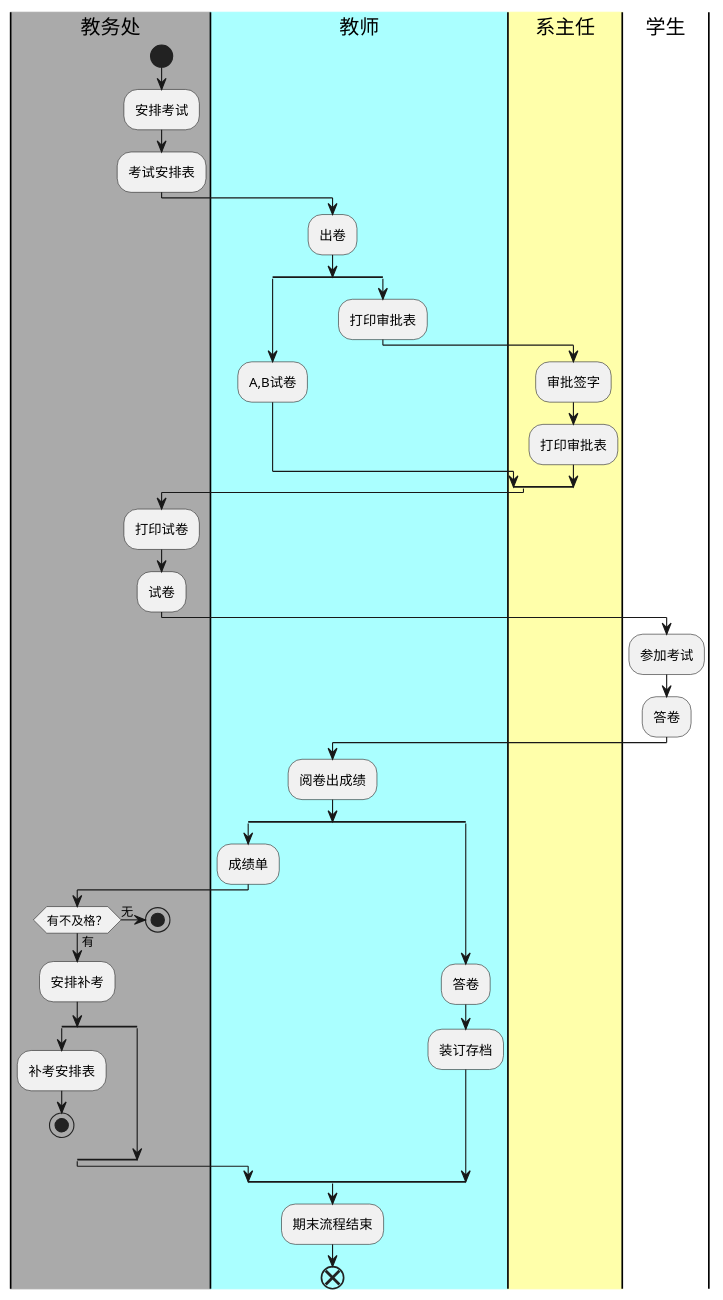
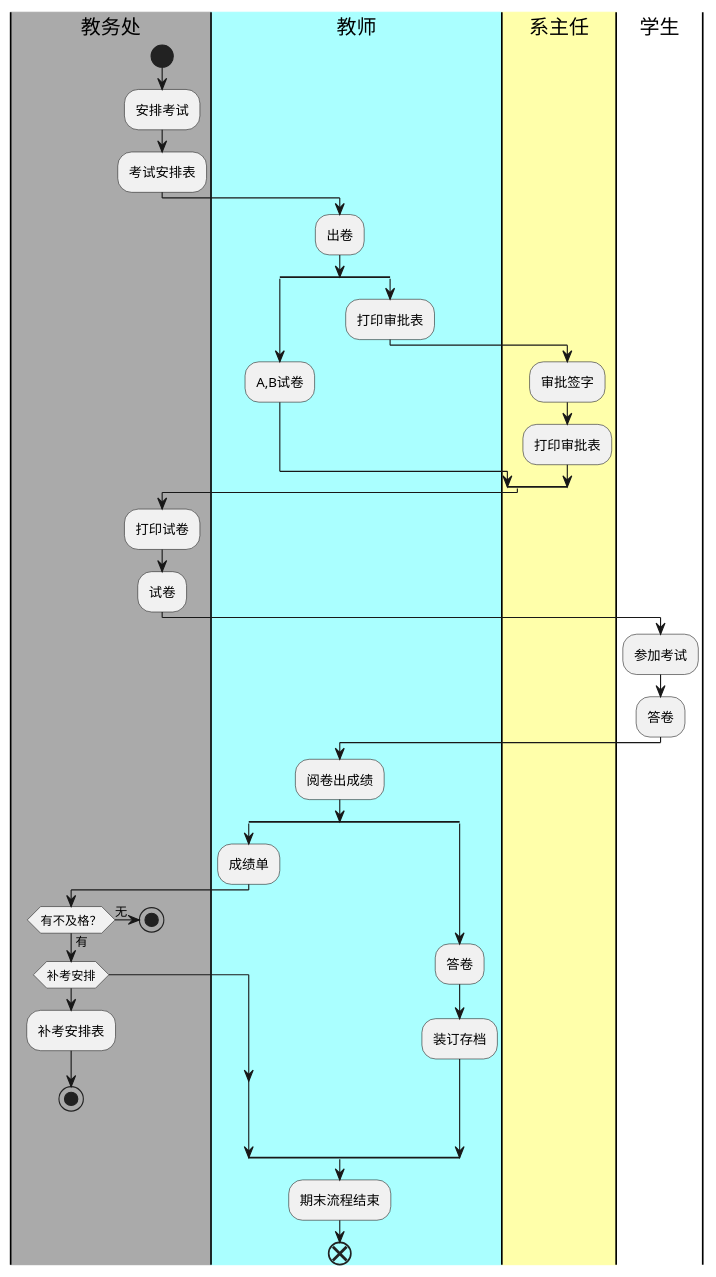
The diagram in test1/flow1.puml (zemaochen/is_analysis), drawn with PlantUML before and after one commit. The commit also changed 1 other file, not shown here.

```diff
--- a/test1/flow1.puml
+++ b/test1/flow1.puml
@@ -1,48 +1,44 @@
 @startuml
 |#aaa|教务处|
 start
 :安排考试;
 :考试安排表;
 |#aff|教师|
 :出卷;
 split
     :A,B试卷;
 split again
     :打印审批表;
 |#ffa|系主任|
     :审批签字;
     :打印审批表;
 |教务处|
 end split
 
     :打印试卷;
     :试卷;
 |学生|
     :参加考试;
     :答卷;
 |教师|
     :阅卷出成绩;
 split
     :成绩单;
 |教务处|
     if(有不及格？)then(有)
-    :安排补考;
-    split
+        if(补考安排)
     :补考安排表;
     stop
-    split again
-    end split
+    endif
     else(无)
     stop
     endif
 
 split again
 |教师|
     :答卷;
     :装订存档;
 end split
     :期末流程结束;
-
-
 end
 @enduml
```
